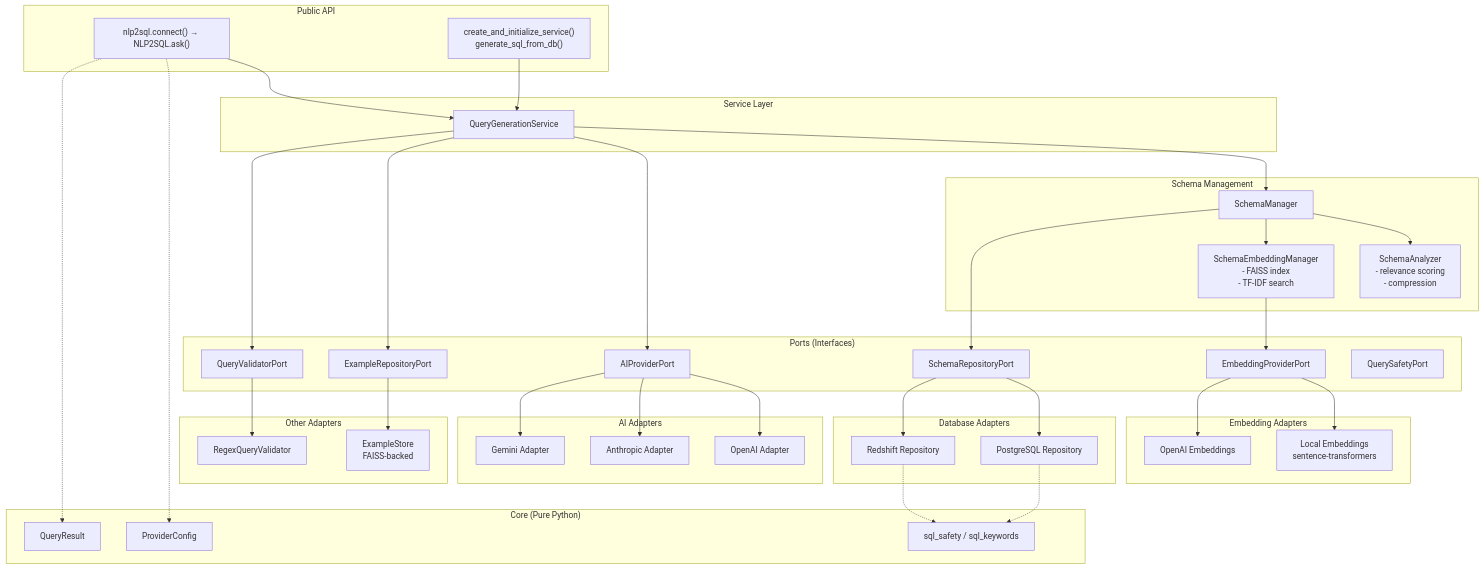
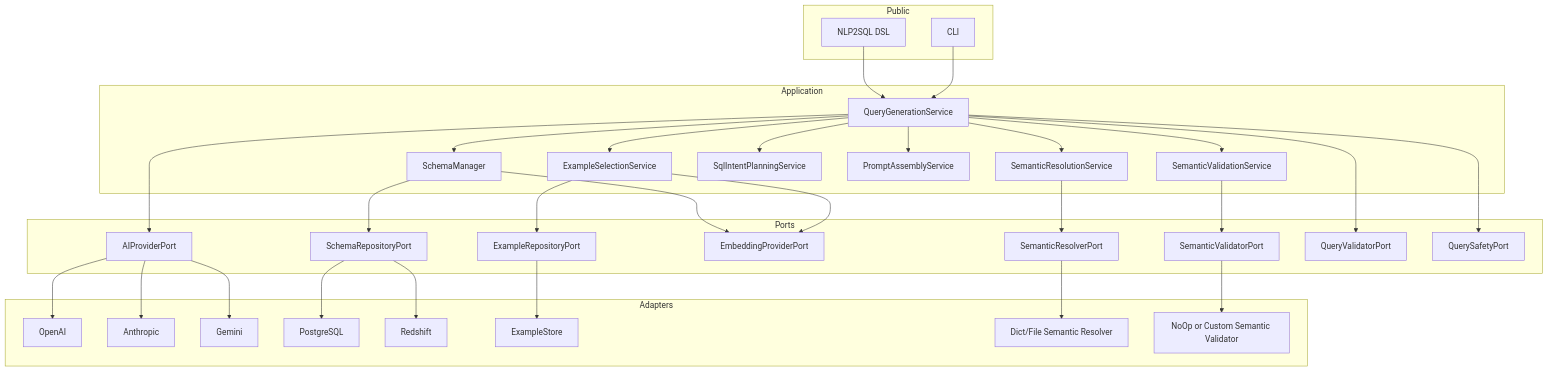
The third of 3 diagrams in docs/ARCHITECTURE.md (luiscarbonel1991/nlp2sql), drawn with Mermaid before and after one commit. The commit also changed other lines of this file and 52 other files, not shown here.

First line of the commit message:
feat: add semantic context and SQL intent planning to the generation pipeline

````diff
--- a/docs/ARCHITECTURE.md
+++ b/docs/ARCHITECTURE.md
@@ -7,77 +256,65 @@
 ```mermaid
 graph TB
-    subgraph "Public API"
-        DSL["nlp2sql.connect() → NLP2SQL.ask()"]
-        API["create_and_initialize_service()<br>generate_sql_from_db()"]
+    subgraph Public
+        DSL[NLP2SQL DSL]
+        CLI[CLI]
     end
 
-    subgraph "Core (Pure Python)"
-        PC[ProviderConfig]
-        QR[QueryResult]
-        SS[sql_safety / sql_keywords]
+    subgraph Application
+        QGS[QueryGenerationService]
+        SRSem[SemanticResolutionService]
+        SMSchema[SchemaManager]
+        EX[ExampleSelectionService]
+        IP[SqlIntentPlanningService]
+        PA[PromptAssemblyService]
+        SV[SemanticValidationService]
     end
 
-    subgraph "Service Layer"
-        QGS[QueryGenerationService]
-    end
-
-    subgraph "Schema Management"
-        SM[SchemaManager]
-        SA[SchemaAnalyzer<br>- relevance scoring<br>- compression]
-        SEM[SchemaEmbeddingManager<br>- FAISS index<br>- TF-IDF search]
-    end
-
-    subgraph "Ports (Interfaces)"
+    subgraph Ports
         AIP[AIProviderPort]
         SRP[SchemaRepositoryPort]
-        EP[EmbeddingProviderPort]
         ERP[ExampleRepositoryPort]
+        EMB[EmbeddingProviderPort]
+        SEMR[SemanticResolverPort]
+        SEMV[SemanticValidatorPort]
         QVP[QueryValidatorPort]
         QSP[QuerySafetyPort]
     end
 
-    subgraph "AI Adapters"
-        OA[OpenAI Adapter]
-        AA[Anthropic Adapter]
-        GA[Gemini Adapter]
-    end
-
-    subgraph "Database Adapters"
-        PG[PostgreSQL Repository]
-        RS[Redshift Repository]
-    end
-
-    subgraph "Embedding Adapters"
-        LE[Local Embeddings<br>sentence-transformers]
-        OE[OpenAI Embeddings]
-    end
-
-    subgraph "Other Adapters"
-        ES[ExampleStore<br>FAISS-backed]
-        RQV[RegexQueryValidator]
+    subgraph Adapters
+        OA[OpenAI]
+        AA[Anthropic]
+        GA[Gemini]
+        PG[PostgreSQL]
+        RS[Redshift]
+        ES[ExampleStore]
+        DSR[Dict/File Semantic Resolver]
+        NSV[NoOp or Custom Semantic Validator]
     end
 
     DSL --> QGS
-    API --> QGS
-    DSL -.-> PC
-    DSL -.-> QR
-    QGS --> SM
+    CLI --> QGS
+    QGS --> SRSem
+    QGS --> SMSchema
+    QGS --> EX
+    QGS --> IP
+    QGS --> PA
+    QGS --> SV
     QGS --> AIP
-    QGS --> ERP
     QGS --> QVP
-    SM --> SA
-    SM --> SEM
-    SM --> SRP
-    SEM --> EP
+    QGS --> QSP
+    SRSem --> SEMR
+    SV --> SEMV
+    SMSchema --> SRP
+    SMSchema --> EMB
+    EX --> ERP
+    EX --> EMB
     AIP --> OA
     AIP --> AA
     AIP --> GA
     SRP --> PG
     SRP --> RS
-    EP --> LE
-    EP --> OE
     ERP --> ES
-    QVP --> RQV
-    PG -.-> SS
-    RS -.-> SS
+    SEMR --> DSR
+    SEMV --> NSV
 ```
````
